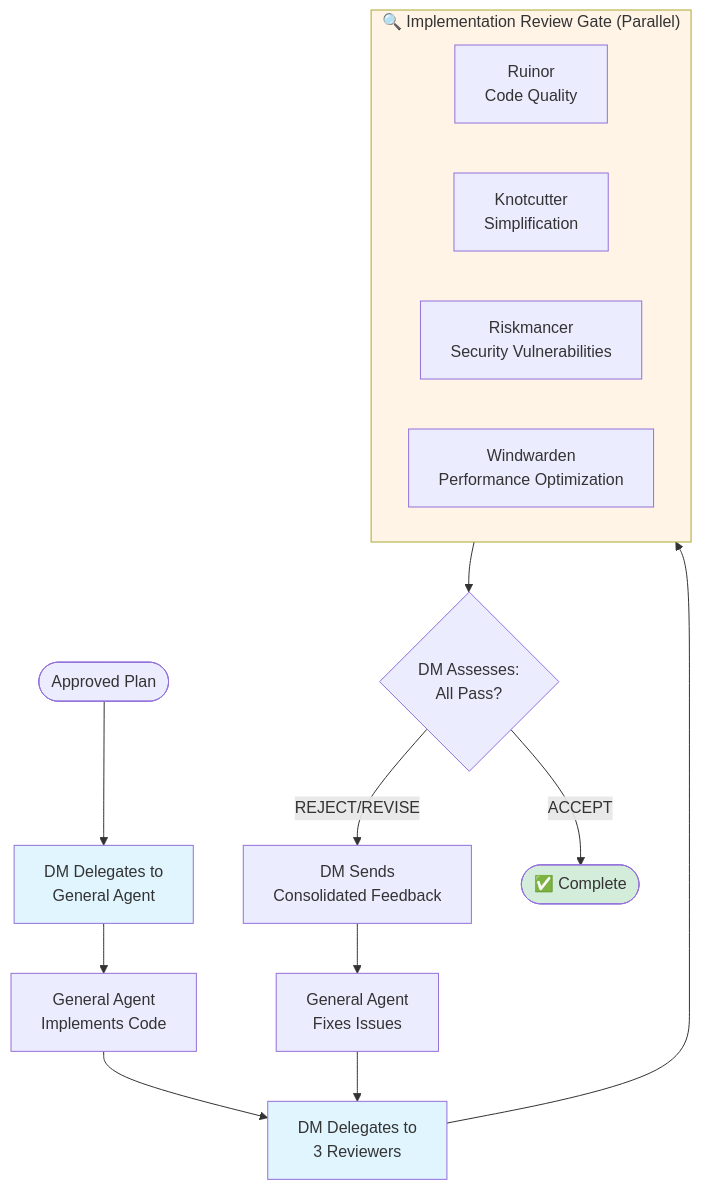
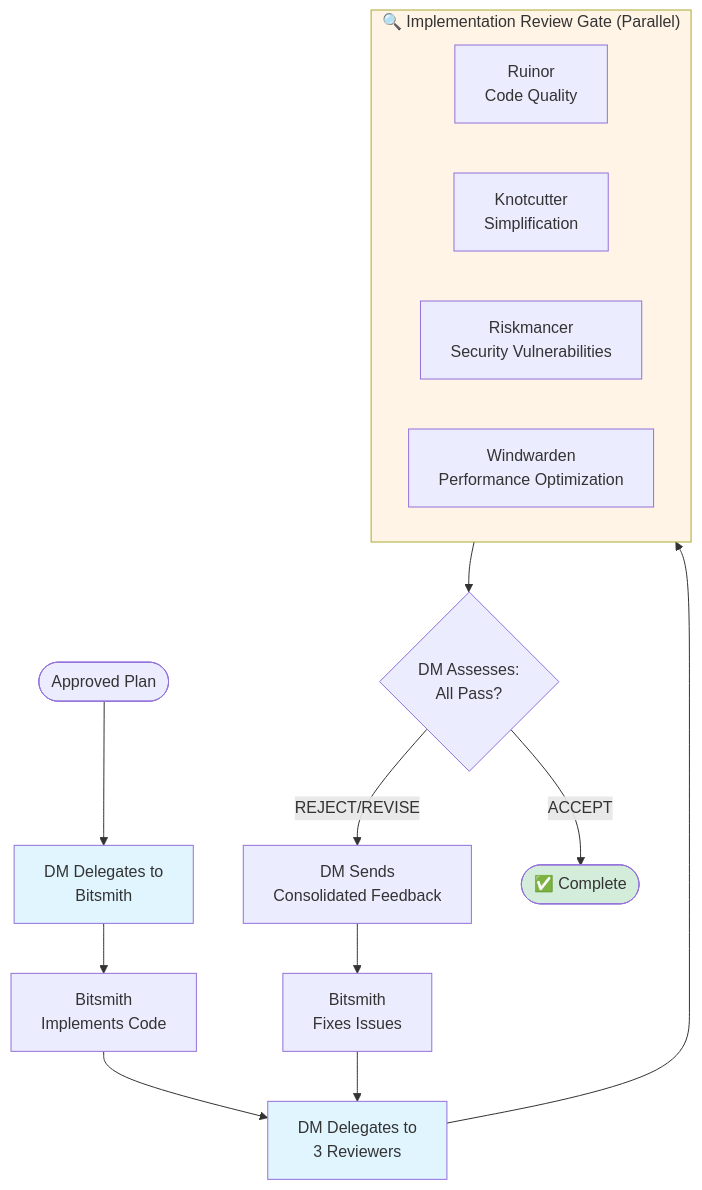
Before and after one commit to alkofu/ai-tpk: the third of 3 diagrams in README.md, drawn with Mermaid. The commit also changed 6 other files, not shown here.

First line of the commit message:
feat(agents): add Bitsmith executor agent and wire into orchestration (#24)

````diff
--- a/README.md
+++ b/README.md
@@ -133,27 +133,27 @@
 ```mermaid
 flowchart TD
-    Start([Approved Plan]) --> DelegateE[DM Delegates to<br/>General Agent]
-    DelegateE --> Impl[General Agent<br/>Implements Code]
+    Start([Approved Plan]) --> DelegateE[DM Delegates to<br/>Bitsmith]
+    DelegateE --> Impl[Bitsmith<br/>Implements Code]
     Impl --> DelegateR[DM Delegates to<br/>3 Reviewers]
 
     DelegateR --> ReviewGate
 
     subgraph ReviewGate["🔍 Implementation Review Gate (Parallel)"]
         R2[Ruinor<br/>Code Quality]
         K2[Knotcutter<br/>Simplification]
         RS2[Riskmancer<br/>Security Vulnerabilities]
         W2[Windwarden<br/>Performance Optimization]
     end
 
     ReviewGate --> Assess{DM Assesses:<br/>All Pass?}
 
     Assess -->|REJECT/REVISE| Feedback[DM Sends<br/>Consolidated Feedback]
-    Feedback --> Fix[General Agent<br/>Fixes Issues]
+    Feedback --> Fix[Bitsmith<br/>Fixes Issues]
     Fix --> DelegateR
     Assess -->|ACCEPT| Complete([✅ Complete])
 
     style DelegateE fill:#e1f5ff
     style DelegateR fill:#e1f5ff
     style ReviewGate fill:#fff4e6
     style Complete fill:#d4edda
 ```
````
